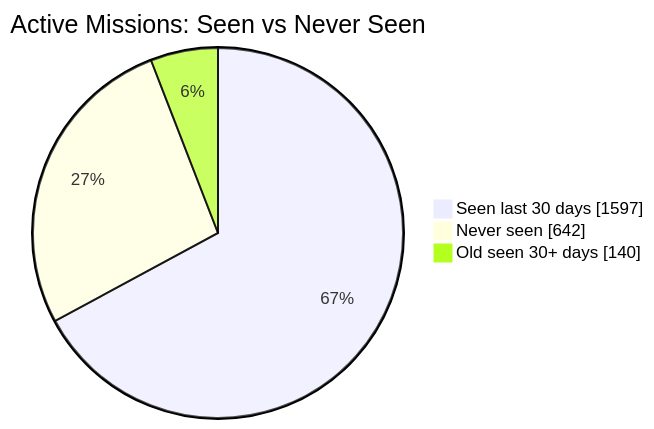
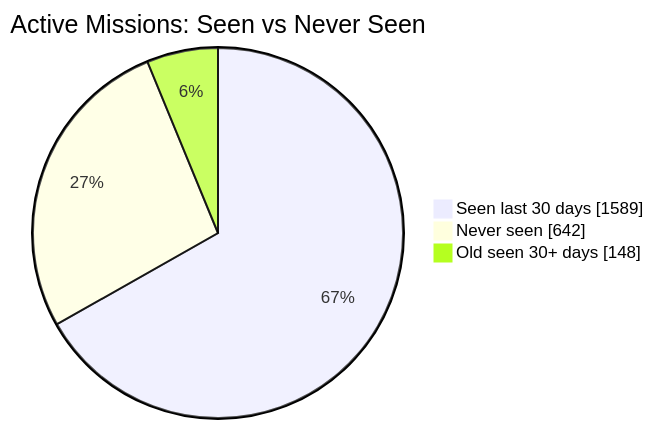
The first of 2 diagrams in README.md (MeldkamerspelGameTeam/active-missions), drawn with Mermaid before and after one commit. The commit also changed other lines of this file and 3 other files, not shown here.

````diff
--- a/README.md
+++ b/README.md
@@ -34,7 +34,7 @@
 ```mermaid
 pie showData
     title Active Missions: Seen vs Never Seen
-    "Seen last 30 days" : 1597
+    "Seen last 30 days" : 1589
     "Never seen" : 642
-    "Old seen 30+ days" : 140
+    "Old seen 30+ days" : 148
 ```
````
